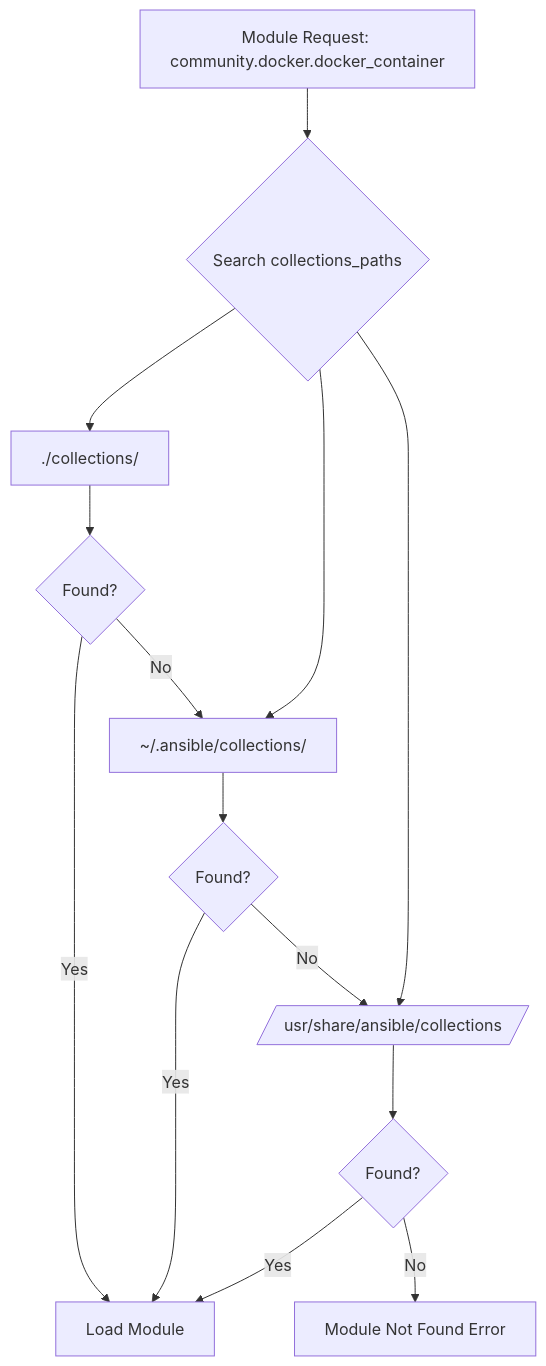
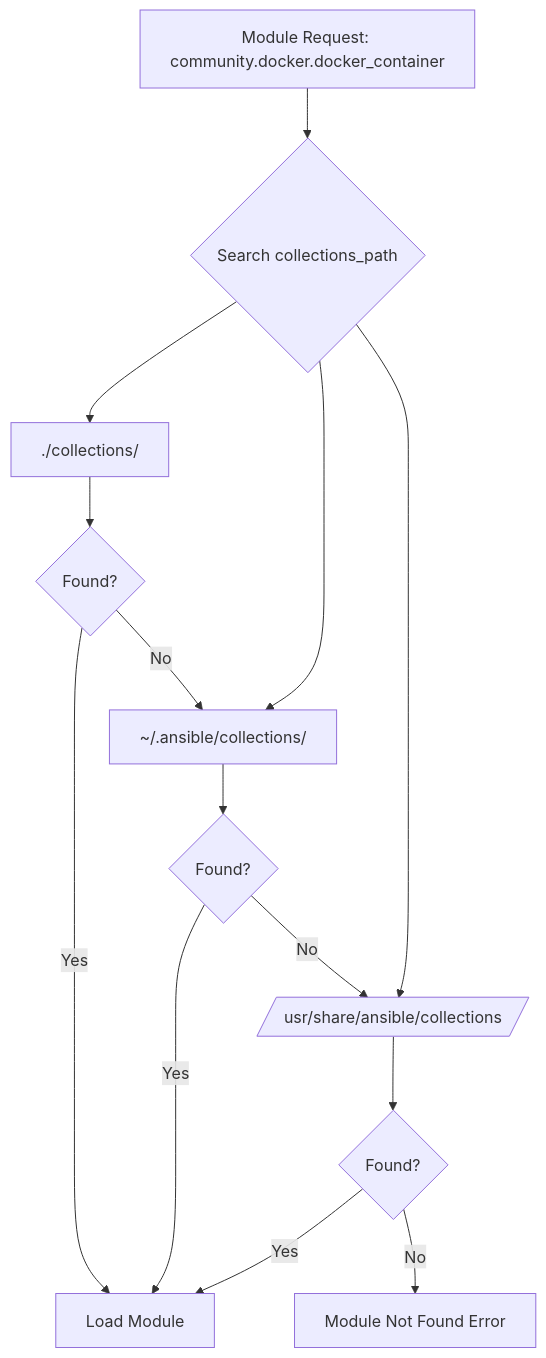
One commit to OneUptime/blog changed the third of 5 diagrams in posts/2026-01-24-fix-module-not-found-errors-ansible/README.md. Above: the diagram before and after it, drawn with Mermaid. The commit also changed other lines of this file and 4262 other files, not shown here.

````diff
--- a/posts/2026-01-24-fix-module-not-found-errors-ansible/README.md
+++ b/posts/2026-01-24-fix-module-not-found-errors-ansible/README.md
@@ -243,19 +244,19 @@
 ```mermaid
 flowchart TB
-    A[Module Request: community.docker.docker_container] --> B{Search collections_paths}
+    A[Module Request: community.docker.docker_container] --> B{Search collections_path}
 
     B --> C[./collections/]
     B --> D[~/.ansible/collections/]
     B --> E[/usr/share/ansible/collections/]
 
     C --> F{Found?}
     D --> G{Found?}
     E --> H{Found?}
 
     F -->|Yes| I[Load Module]
     F -->|No| D
     G -->|Yes| I
     G -->|No| E
     H -->|Yes| I
     H -->|No| J[Module Not Found Error]
 ```
````
